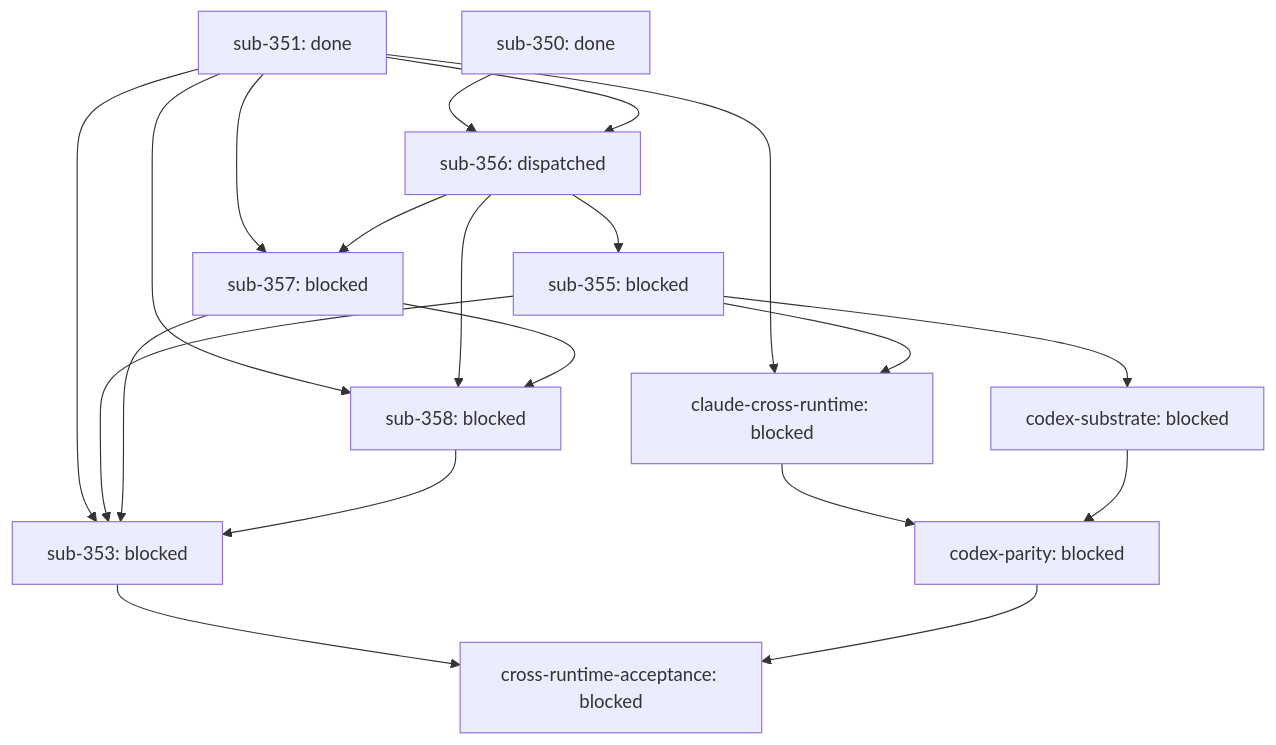
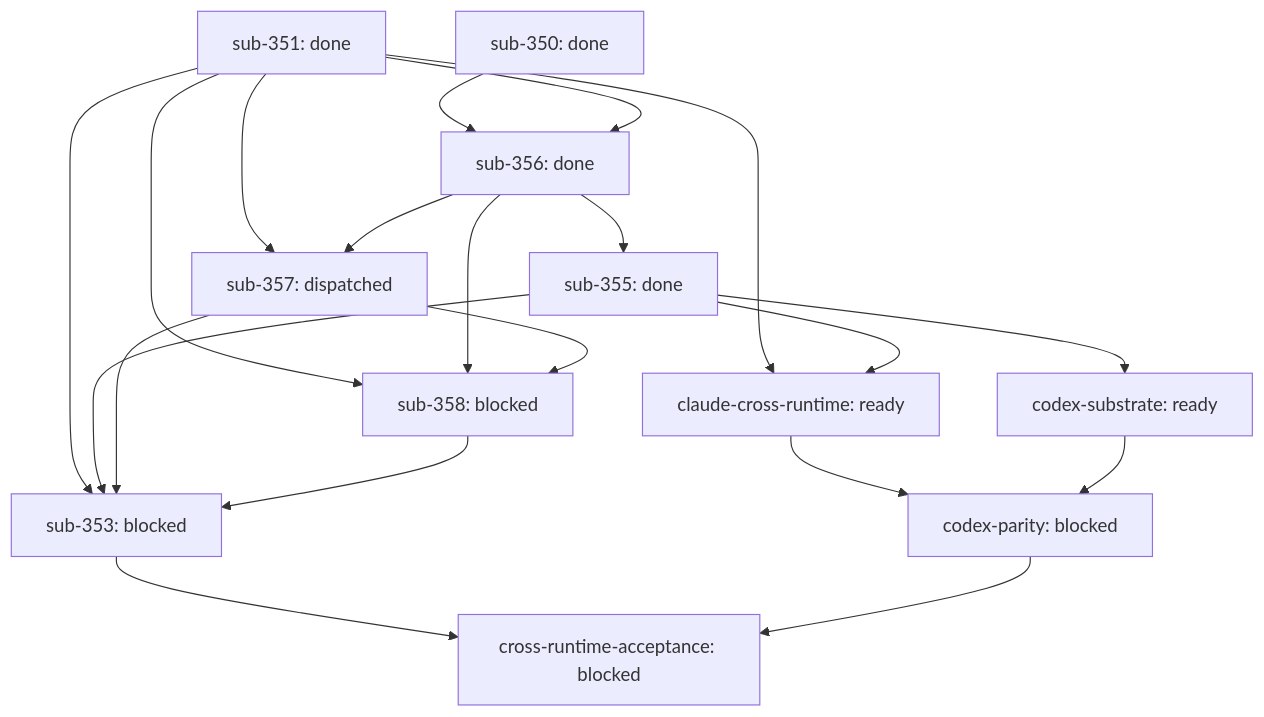
One commit to infiquetra/infiquetra-claude-plugins changed the diagram in docs/outcomes/lease-safe-runtime-continuity/report.md. Above: the diagram before and after it, drawn with Mermaid. The commit also changed other lines of this file, not shown here.

````diff
--- a/docs/outcomes/lease-safe-runtime-continuity/report.md
+++ b/docs/outcomes/lease-safe-runtime-continuity/report.md
@@ -7,33 +7,33 @@
 ```mermaid
 flowchart TD
     sub-350["sub-350: done"]
     sub-351["sub-351: done"]
-    sub-356["sub-356: dispatched"]
-    sub-355["sub-355: blocked"]
-    sub-357["sub-357: blocked"]
+    sub-356["sub-356: done"]
+    sub-355["sub-355: done"]
+    sub-357["sub-357: dispatched"]
     sub-358["sub-358: blocked"]
-    claude-cross-runtime["claude-cross-runtime: blocked"]
+    claude-cross-runtime["claude-cross-runtime: ready"]
     sub-353["sub-353: blocked"]
-    codex-substrate["codex-substrate: blocked"]
+    codex-substrate["codex-substrate: ready"]
     codex-parity["codex-parity: blocked"]
     cross-runtime-acceptance["cross-runtime-acceptance: blocked"]
     sub-350 --> sub-356
     sub-351 --> sub-356
     sub-356 --> sub-355
     sub-351 --> sub-357
     sub-356 --> sub-357
     sub-351 --> sub-358
     sub-356 --> sub-358
     sub-357 --> sub-358
     sub-351 --> claude-cross-runtime
     sub-355 --> claude-cross-runtime
     sub-351 --> sub-353
     sub-355 --> sub-353
     sub-357 --> sub-353
     sub-358 --> sub-353
     sub-355 --> codex-substrate
     claude-cross-runtime --> codex-parity
     codex-substrate --> codex-parity
     sub-353 --> cross-runtime-acceptance
     codex-parity --> cross-runtime-acceptance
 ```
````
